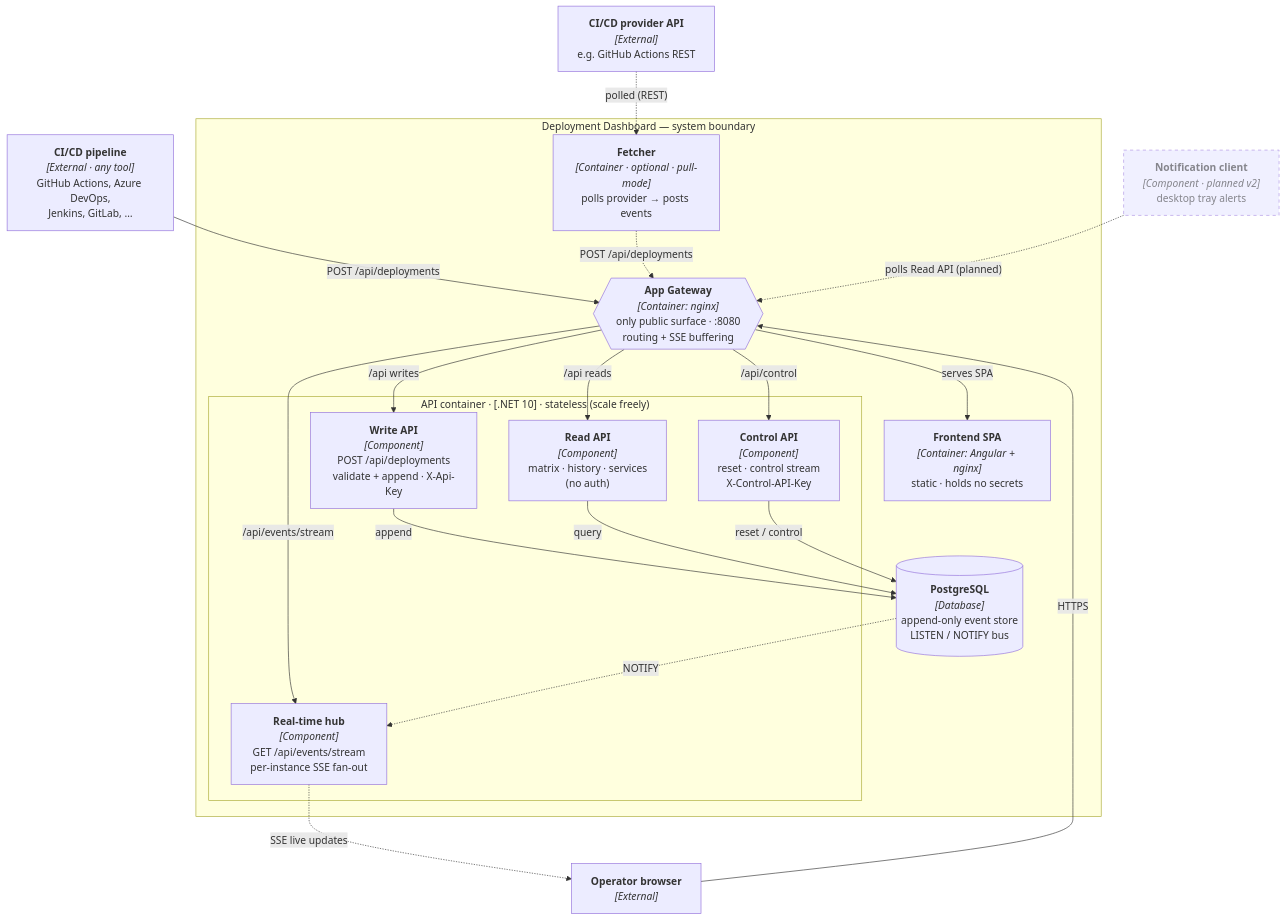
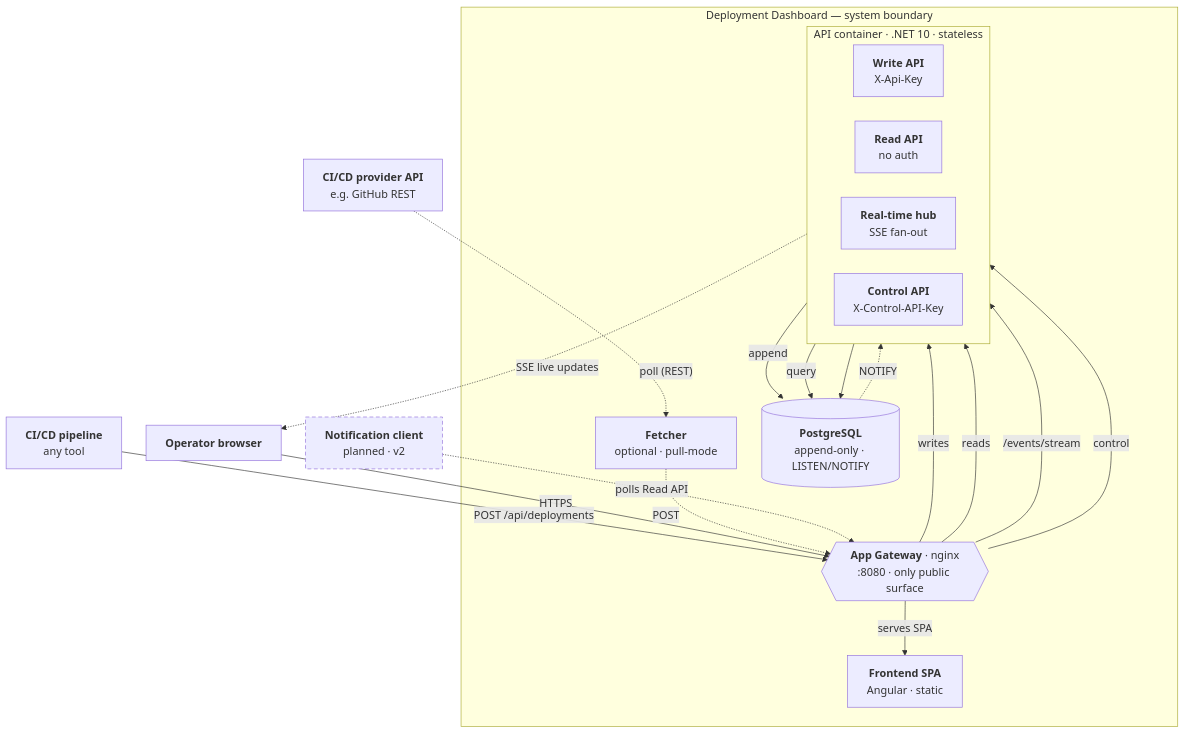
One commit to kostiantyn-matsebora/deployment-dashboard changed the second of 2 diagrams in docs/guide/architecture-overview.md. Above: the diagram before and after it, drawn with Mermaid. The commit also changed 1 other file, not shown here.

Commit message:
docs: on-brand, legible Mermaid diagrams (theme + compact C4)
- dashboard.css: theme all Mermaid diagrams to the dashboard palette (glass
  indigo nodes, light text, tinted clusters, grey edges, page-bg edge labels)
  in both light and dark; render at natural size with horizontal scroll so
  dense diagrams stay legible instead of shrinking text to fit the column.
- architecture-overview C4: compact labels + larger font (17px) + packed API
  component row, so it reads without zooming.

````diff
--- a/docs/guide/architecture-overview.md
+++ b/docs/guide/architecture-overview.md
@@ -36,43 +36,45 @@
 ```mermaid
+%%{init: {"flowchart": {"htmlLabels": true, "nodeSpacing": 38, "rankSpacing": 60}, "themeVariables": {"fontSize": "17px"}}}%%
 flowchart TB
-    CICD["<b>CI/CD pipeline</b><br><i>[External · any tool]</i><br>GitHub Actions, Azure DevOps,<br>Jenkins, GitLab, …"]
-    PROVIDER["<b>CI/CD provider API</b><br><i>[External]</i><br>e.g. GitHub Actions REST"]
-    BROWSER["<b>Operator browser</b><br><i>[External]</i>"]
-    NOTIFY["<b>Notification client</b><br><i>[Component · planned v2]</i><br>desktop tray alerts"]
+    CICD["<b>CI/CD pipeline</b><br>any tool"]
+    PROVIDER["<b>CI/CD provider API</b><br>e.g. GitHub REST"]
+    BROWSER["<b>Operator browser</b>"]
+    NOTIFY["<b>Notification client</b><br>planned · v2"]
 
     subgraph SYS["Deployment Dashboard — system boundary"]
-        GW{{"<b>App Gateway</b><br><i>[Container: nginx]</i><br>only public surface · :8080<br>routing + SSE buffering"}}
-        FE["<b>Frontend SPA</b><br><i>[Container: Angular + nginx]</i><br>static · holds no secrets"]
+        GW{{"<b>App Gateway</b> · nginx<br>:8080 · only public surface"}}
 
-        subgraph APIC["API container · [.NET 10] · stateless (scale freely)"]
-            WRITE["<b>Write API</b><br><i>[Component]</i><br>POST /api/deployments<br>validate + append · X-Api-Key"]
-            READ["<b>Read API</b><br><i>[Component]</i><br>matrix · history · services<br>(no auth)"]
-            SSE["<b>Real-time hub</b><br><i>[Component]</i><br>GET /api/events/stream<br>per-instance SSE fan-out"]
-            CTRL["<b>Control API</b><br><i>[Component]</i><br>reset · control stream<br>X-Control-API-Key"]
+        subgraph APIC["API container · .NET 10 · stateless"]
+            direction LR
+            WRITE["<b>Write API</b><br>X-Api-Key"]
+            READ["<b>Read API</b><br>no auth"]
+            SSE["<b>Real-time hub</b><br>SSE fan-out"]
+            CTRL["<b>Control API</b><br>X-Control-API-Key"]
         end
 
-        FETCH["<b>Fetcher</b><br><i>[Container · optional · pull-mode]</i><br>polls provider → posts events"]
-        PG[("<b>PostgreSQL</b><br><i>[Database]</i><br>append-only event store<br>LISTEN / NOTIFY bus")]
+        FE["<b>Frontend SPA</b><br>Angular · static"]
+        FETCH["<b>Fetcher</b><br>optional · pull-mode"]
+        PG[("<b>PostgreSQL</b><br>append-only · LISTEN/NOTIFY")]
     end
 
     CICD -->|"POST /api/deployments"| GW
     BROWSER -->|"HTTPS"| GW
     GW -->|"serves SPA"| FE
-    GW -->|"/api writes"| WRITE
-    GW -->|"/api reads"| READ
-    GW -->|"/api/events/stream"| SSE
-    GW -->|"/api/control"| CTRL
+    GW -->|"writes"| WRITE
+    GW -->|"reads"| READ
+    GW -->|"/events/stream"| SSE
+    GW -->|"control"| CTRL
 
-    PROVIDER -.->|"polled (REST)"| FETCH
-    FETCH -.->|"POST /api/deployments"| GW
+    PROVIDER -.->|"poll (REST)"| FETCH
+    FETCH -.->|"POST"| GW
 
     WRITE -->|"append"| PG
     READ -->|"query"| PG
-    CTRL -->|"reset / control"| PG
+    CTRL --> PG
     PG -.->|"NOTIFY"| SSE
     SSE -. "SSE live updates" .-> BROWSER
-    NOTIFY -.->|"polls Read API (planned)"| GW
+    NOTIFY -.->|"polls Read API"| GW
 
-    classDef planned stroke-dasharray:5 5,opacity:0.75;
+    classDef planned stroke-dasharray:6 4;
     class NOTIFY planned;
 ```
````
